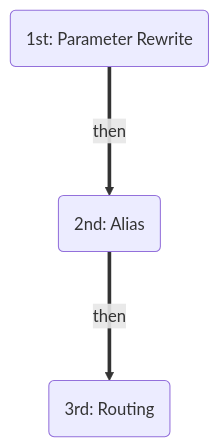
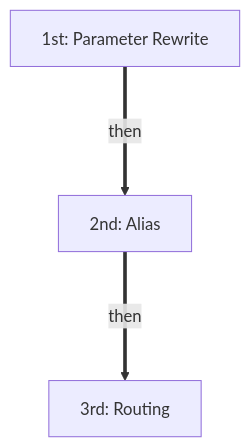
One commit to connexcs/docs changed the diagram in docs/number-manipulation.md. Above: the diagram before and after it, drawn with Mermaid.

Commit message:
Update number-manipulation.md
fix flow

````diff
--- a/docs/number-manipulation.md
+++ b/docs/number-manipulation.md
@@ -13,4 +13,4 @@
 ```mermaid
 graph TD
-A("1st: Parameter Rewrite") ===>|then| B("2nd: Alias") ===>|then| C("3rd: Routing")
+A["1st: Parameter Rewrite"] ===>|then| B["2nd: Alias"] ===>|then| C["3rd: Routing"]
 ```
````
